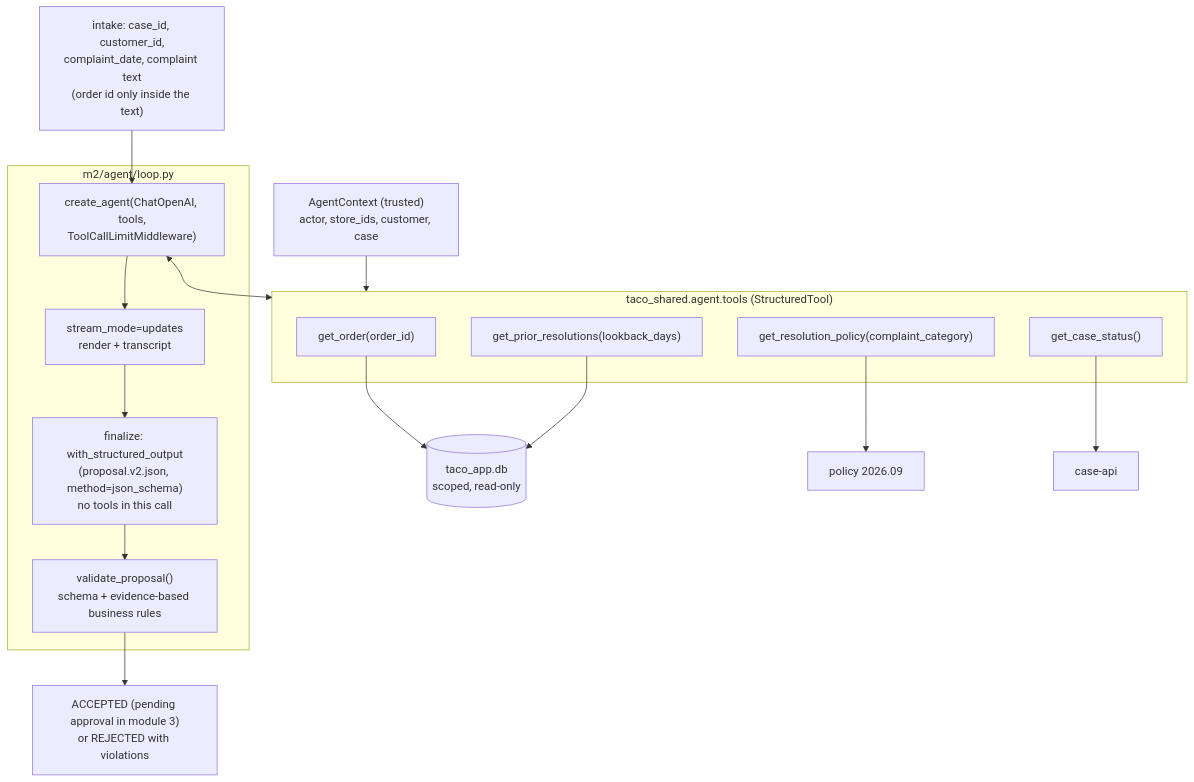
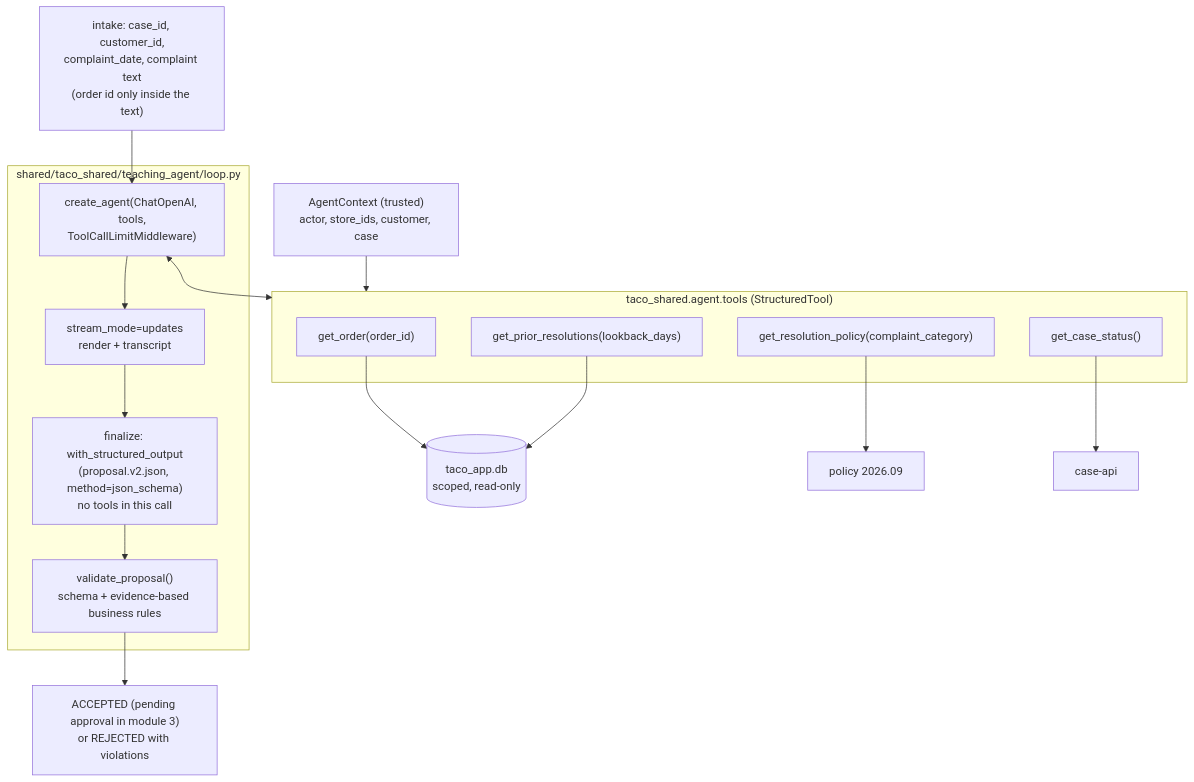
Before and after one commit to ned1313/Deploying-and-Operating-Small-Language-Model-Systems: the sixth of 10 diagrams in ARCHITECTURE.md, drawn with Mermaid. The commit also changed other lines of this file and 67 other files, not shown here.

````diff
--- a/ARCHITECTURE.md
+++ b/ARCHITECTURE.md
@@ -161,26 +183,26 @@
 ```mermaid
 flowchart TB
     Intake["intake: case_id, customer_id,<br/>complaint_date, complaint text<br/>(order id only inside the text)"]
     Ctx["AgentContext (trusted)<br/>actor, store_ids, customer, case"]
-    subgraph Loop["m2/agent/loop.py"]
+    subgraph Loop["shared/taco_shared/teaching_agent/loop.py"]
         CA["create_agent(ChatOpenAI, tools,<br/>ToolCallLimitMiddleware)"]
         Stream["stream_mode=updates<br/>render + transcript"]
         Final["finalize: with_structured_output<br/>(proposal.v2.json, method=json_schema)<br/>no tools in this call"]
         Val["validate_proposal()<br/>schema + evidence-based business rules"]
     end
     subgraph Tools["taco_shared.agent.tools (StructuredTool)"]
         T1["get_order(order_id)"]
         T2["get_prior_resolutions(lookback_days)"]
         T3["get_resolution_policy(complaint_category)"]
         T4["get_case_status()"]
     end
     Intake --> CA
     Ctx --> Tools
     CA <--> Tools
     CA --> Stream --> Final --> Val
     T1 --> DB[("taco_app.db<br/>scoped, read-only")]
     T2 --> DB
     T3 --> Pol["policy 2026.09"]
     T4 --> CaseAPI["case-api"]
     Val --> Outcome["ACCEPTED (pending approval in module 3)<br/>or REJECTED with violations"]
 ```
````
